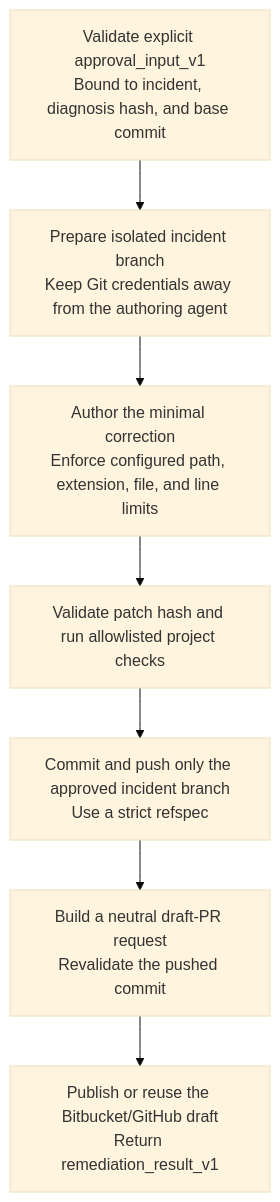
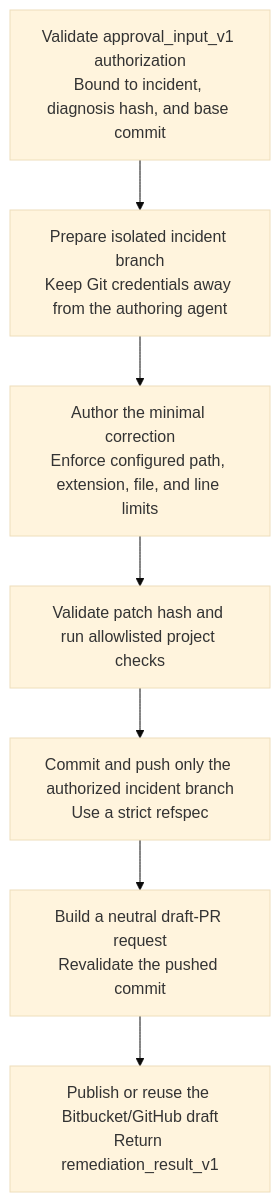
The second of 3 diagrams in README.md (ricardoribs/pipeline-guard), drawn with Mermaid (base theme) before and after one commit. The commit also changed other lines of this file and 57 other files, not shown here.

````diff
--- a/README.md
+++ b/README.md
@@ -62,12 +67,12 @@
 ```mermaid
 flowchart TD
-    A["Validate explicit approval_input_v1<br/>Bound to incident, diagnosis hash, and base commit"]
+    A["Validate approval_input_v1 authorization<br/>Bound to incident, diagnosis hash, and base commit"]
     B["Prepare isolated incident branch<br/>Keep Git credentials away from the authoring agent"]
     C["Author the minimal correction<br/>Enforce configured path, extension, file, and line limits"]
     D["Validate patch hash and run allowlisted project checks"]
-    E["Commit and push only the approved incident branch<br/>Use a strict refspec"]
+    E["Commit and push only the authorized incident branch<br/>Use a strict refspec"]
     F["Build a neutral draft-PR request<br/>Revalidate the pushed commit"]
     G["Publish or reuse the Bitbucket/GitHub draft<br/>Return remediation_result_v1"]
 
     A --> B --> C --> D --> E --> F --> G
 ```
````
